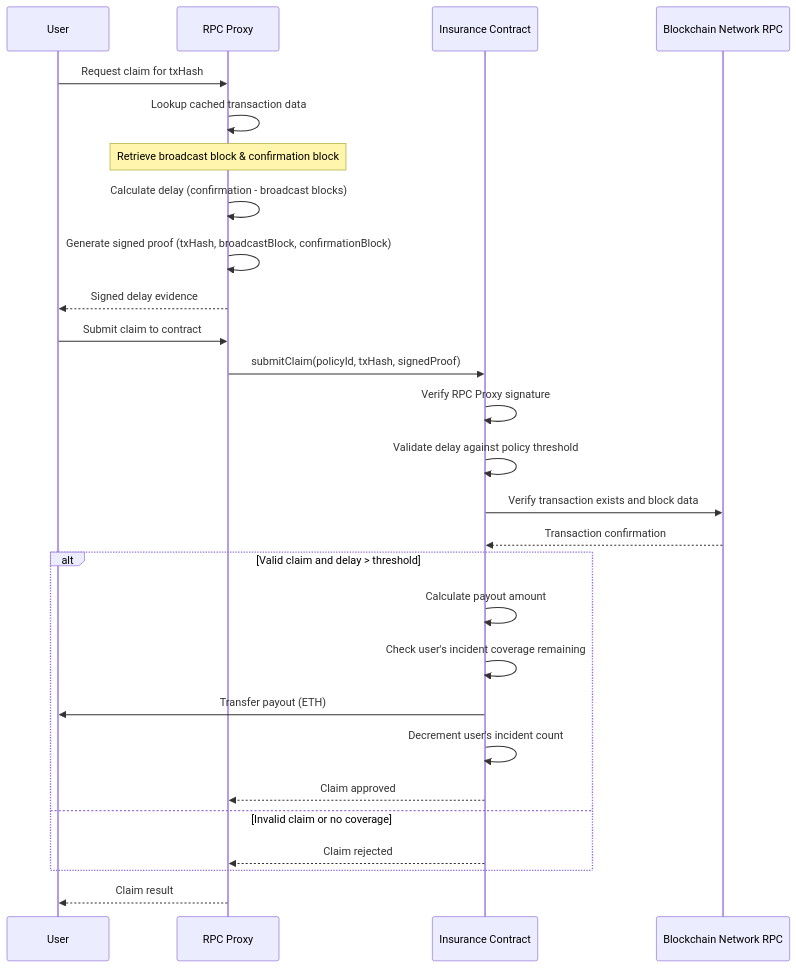
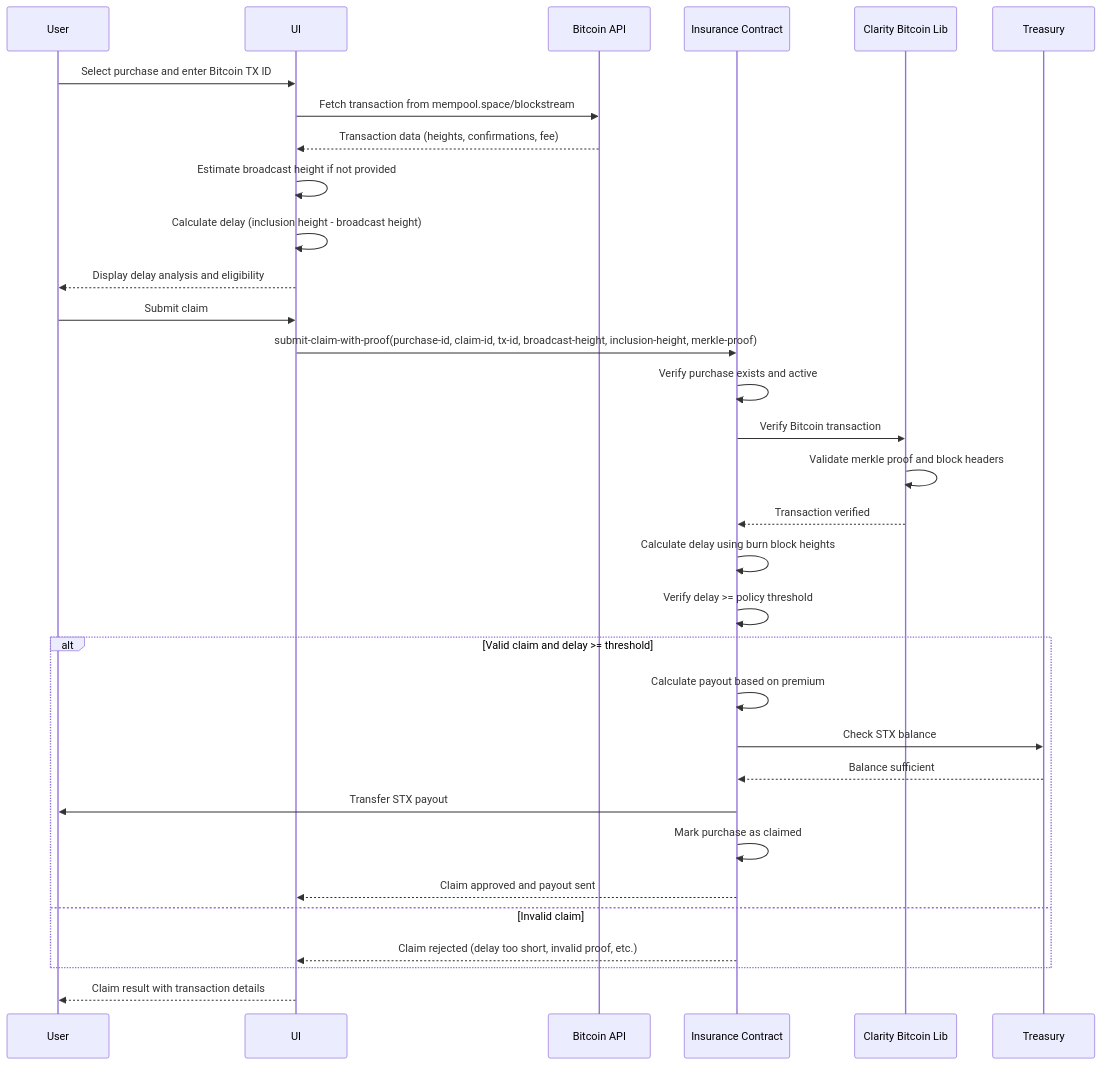
One commit to AmaanSayyad/HyperInsure changed the third of 4 diagrams in README.md. Above: the diagram before and after it, drawn with Mermaid. The commit also changed other lines of this file and 1 other file, not shown here.

````diff
--- a/README.md
+++ b/README.md
@@ -105,33 +96,38 @@
 ```mermaid
 sequenceDiagram
     participant User
-    participant RPC Proxy
+    participant UI
+    participant Bitcoin API
     participant Insurance Contract
-    participant Blockchain Network RPC
+    participant Clarity Bitcoin Lib
+    participant Treasury
 
-    User->>RPC Proxy: Request claim for txHash
-    RPC Proxy->>RPC Proxy: Lookup cached transaction data
-    Note over RPC Proxy: Retrieve broadcast block & confirmation block
-    RPC Proxy->>RPC Proxy: Calculate delay (confirmation - broadcast blocks)
-    RPC Proxy->>RPC Proxy: Generate signed proof (txHash, broadcastBlock, confirmationBlock)
-    RPC Proxy-->>User: Signed delay evidence
+    User->>UI: Select purchase and enter Bitcoin TX ID
+    UI->>Bitcoin API: Fetch transaction from mempool.space/blockstream
+    Bitcoin API-->>UI: Transaction data (heights, confirmations, fee)
+    UI->>UI: Estimate broadcast height if not provided
+    UI->>UI: Calculate delay (inclusion height - broadcast height)
+    UI-->>User: Display delay analysis and eligibility
     
-    User->>RPC Proxy: Submit claim to contract
-    RPC Proxy->>Insurance Contract: submitClaim(policyId, txHash, signedProof)
-    Insurance Contract->>Insurance Contract: Verify RPC Proxy signature
-    Insurance Contract->>Insurance Contract: Validate delay against policy threshold
-    Insurance Contract->>Blockchain Network RPC: Verify transaction exists and block data
-    Blockchain Network RPC-->>Insurance Contract: Transaction confirmation
+    User->>UI: Submit claim
+    UI->>Insurance Contract: submit-claim-with-proof(purchase-id, claim-id, tx-id, broadcast-height, inclusion-height, merkle-proof)
+    Insurance Contract->>Insurance Contract: Verify purchase exists and active
+    Insurance Contract->>Clarity Bitcoin Lib: Verify Bitcoin transaction
+    Clarity Bitcoin Lib->>Clarity Bitcoin Lib: Validate merkle proof and block headers
+    Clarity Bitcoin Lib-->>Insurance Contract: Transaction verified
+    Insurance Contract->>Insurance Contract: Calculate delay using burn block heights
+    Insurance Contract->>Insurance Contract: Verify delay >= policy threshold
     
-    alt Valid claim and delay > threshold
-        Insurance Contract->>Insurance Contract: Calculate payout amount
-        Insurance Contract->>Insurance Contract: Check user's incident coverage remaining
-        Insurance Contract->>User: Transfer payout (ETH)
-        Insurance Contract->>Insurance Contract: Decrement user's incident count
-        Insurance Contract-->>RPC Proxy: Claim approved
-    else Invalid claim or no coverage
-        Insurance Contract-->>RPC Proxy: Claim rejected
+    alt Valid claim and delay >= threshold
+        Insurance Contract->>Insurance Contract: Calculate payout based on premium
+        Insurance Contract->>Treasury: Check STX balance
+        Treasury-->>Insurance Contract: Balance sufficient
+        Insurance Contract->>User: Transfer STX payout
+        Insurance Contract->>Insurance Contract: Mark purchase as claimed
+        Insurance Contract-->>UI: Claim approved and payout sent
+    else Invalid claim
+        Insurance Contract-->>UI: Claim rejected (delay too short, invalid proof, etc.)
     end
     
-    RPC Proxy-->>User: Claim result
+    UI-->>User: Claim result with transaction details
 ```
````
